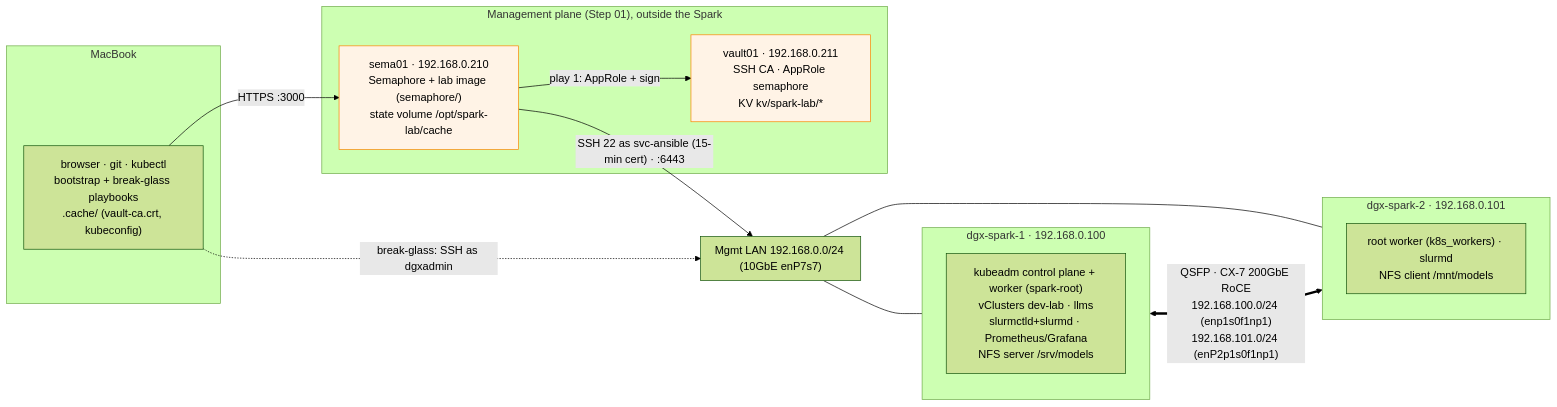
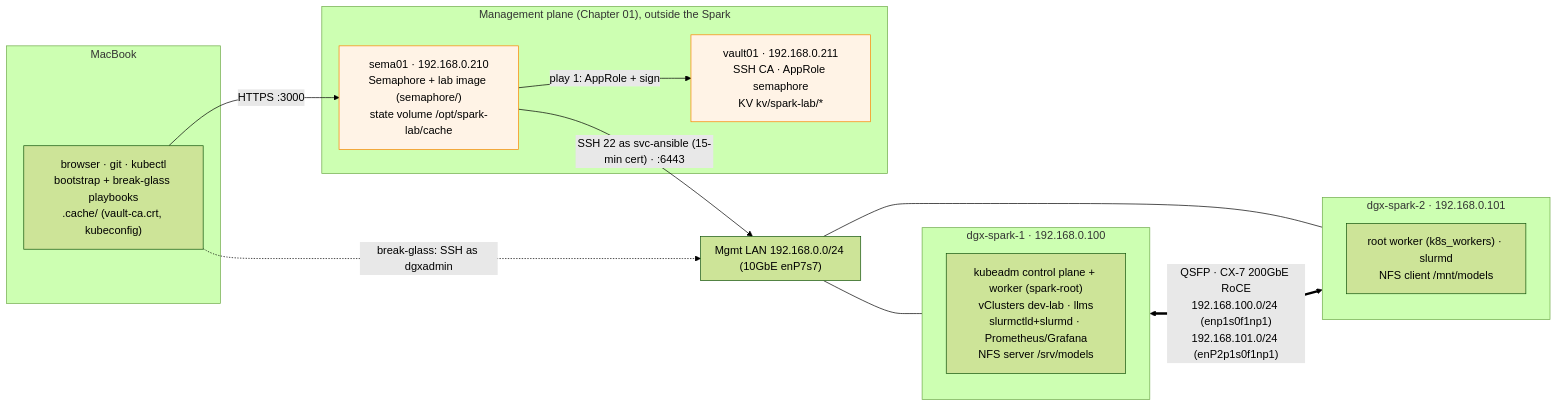
Before and after one commit to cloudone365/technical-depth: the diagram in 01-Ansible/lab/README.md, drawn with Mermaid (forest theme). The commit also changed other lines of this file and 242 other files, not shown here.

````diff
--- a/01-Ansible/lab/README.md
+++ b/01-Ansible/lab/README.md
@@ -75,27 +75,27 @@
 ```mermaid
 flowchart LR
   subgraph MAC["MacBook"]
     A["browser · git · kubectl<br/>bootstrap + break-glass playbooks<br/>.cache/ (vault-ca.crt, kubeconfig)"]
   end
-  subgraph MP["Management plane (Step 01), outside the Spark"]
+  subgraph MP["Management plane (Chapter 01), outside the Spark"]
     SEMA["sema01 · 192.168.0.210<br/>Semaphore + lab image (semaphore/)<br/>state volume /opt/spark-lab/cache"]
     VAULT["vault01 · 192.168.0.211<br/>SSH CA · AppRole semaphore<br/>KV kv/spark-lab/*"]
   end
   subgraph MGMT["Mgmt LAN 192.168.0.0/24 (10GbE enP7s7)"]
   end
   subgraph S1["dgx-spark-1 · 192.168.0.100"]
     S1a["kubeadm control plane + worker (spark-root)<br/>vClusters dev-lab · llms<br/>slurmctld+slurmd · Prometheus/Grafana<br/>NFS server /srv/models"]
   end
   subgraph S2["dgx-spark-2 · 192.168.0.101"]
     S2a["root worker (k8s_workers) · slurmd<br/>NFS client /mnt/models"]
   end
   A -- "HTTPS :3000" --> SEMA
   SEMA -- "play 1: AppRole + sign" --> VAULT
   SEMA -- "SSH 22 as svc-ansible (15-min cert) · :6443" --> MGMT
   A -. "break-glass: SSH as dgxadmin" .-> MGMT
   MGMT --- S1
   MGMT --- S2
   S1 <== "QSFP · CX-7 200GbE RoCE<br/>192.168.100.0/24 (enp1s0f1np1)<br/>192.168.101.0/24 (enP2p1s0f1np1)" ==> S2
   classDef mgmt fill:#fff3e6,stroke:#fb8500,color:#000
   class SEMA,VAULT mgmt
 ```
````
